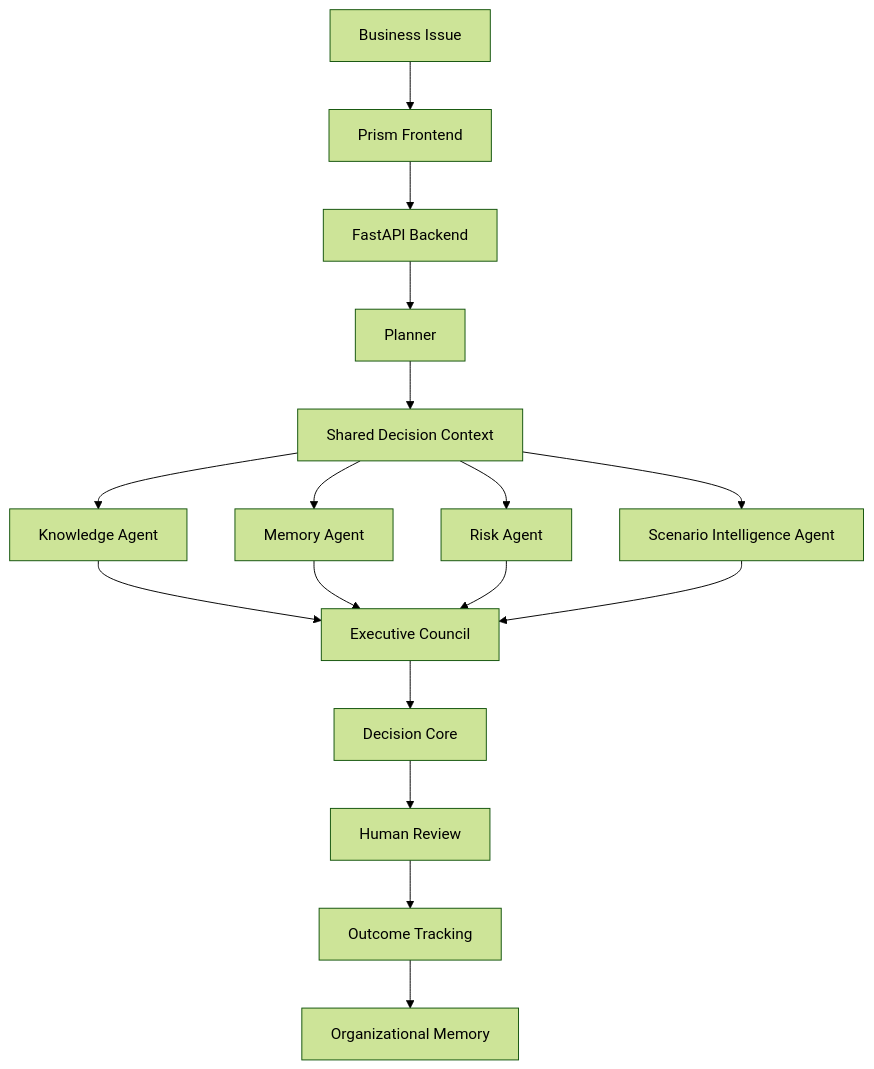
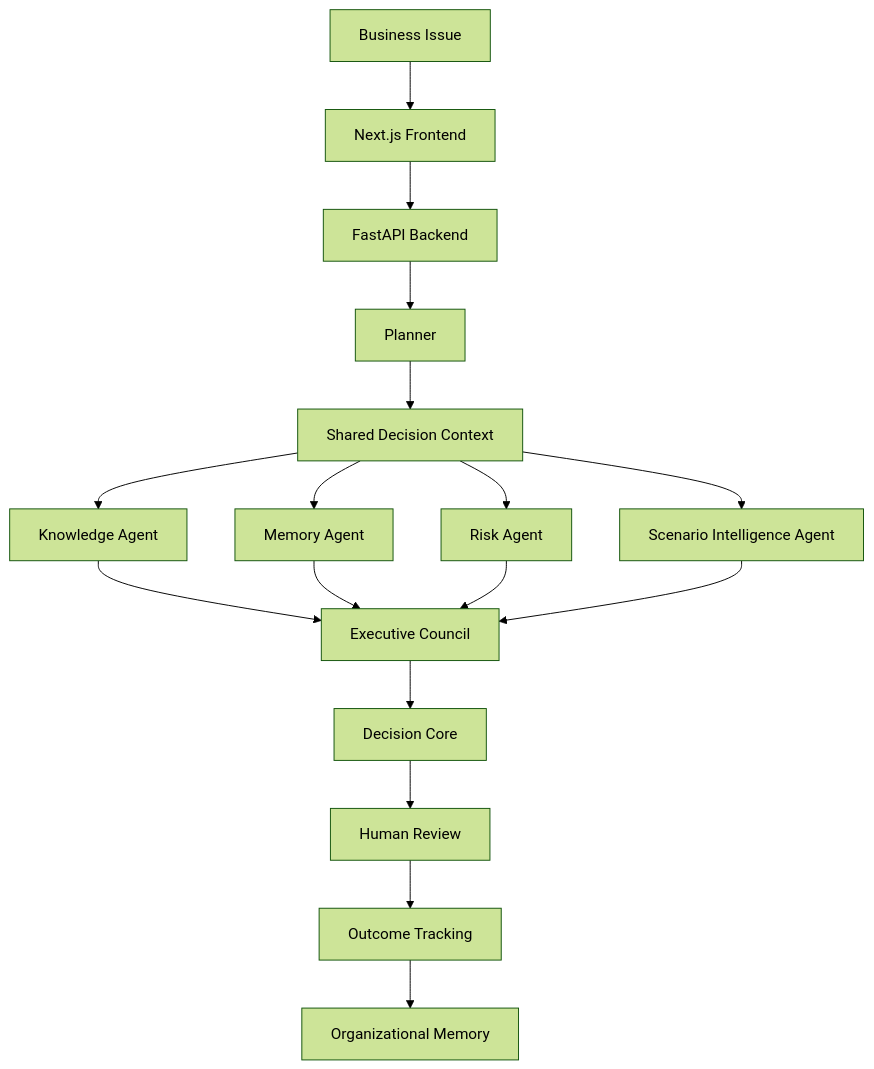
The diagram in README.md (Harshita-i/prism), drawn with Mermaid (forest theme) before and after one commit. The commit also changed other lines of this file and 4 other files, not shown here.

````diff
--- a/README.md
+++ b/README.md
@@ -146,19 +105,19 @@
 ```mermaid
 flowchart TD
-    A["Business Issue"] --> B["Prism Frontend"]
+    A["Business Issue"] --> B["Next.js Frontend"]
     B --> C["FastAPI Backend"]
     C --> D["Planner"]
     D --> E["Shared Decision Context"]
     E --> F["Knowledge Agent"]
     E --> G["Memory Agent"]
     E --> H["Risk Agent"]
     E --> I["Scenario Intelligence Agent"]
     F --> J["Executive Council"]
     G --> J
     H --> J
     I --> J
     J --> K["Decision Core"]
     K --> L["Human Review"]
     L --> M["Outcome Tracking"]
     M --> N["Organizational Memory"]
 ```
````
